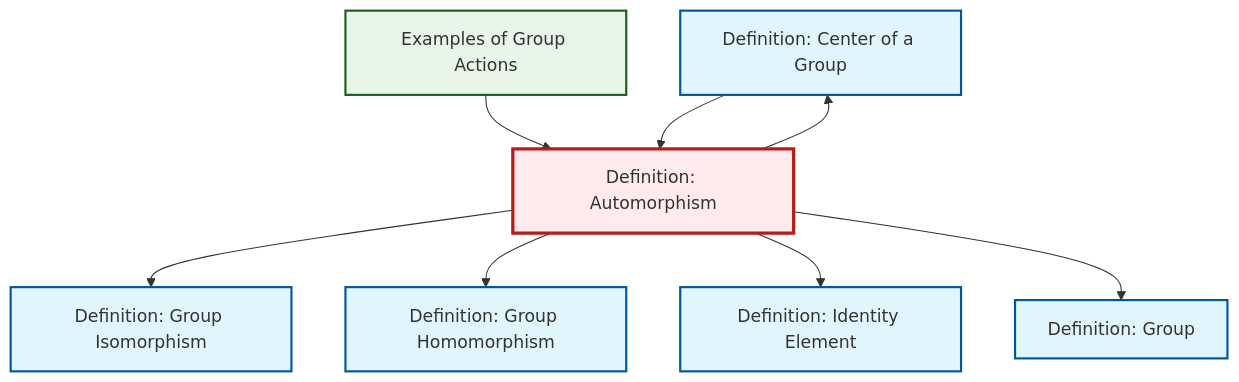
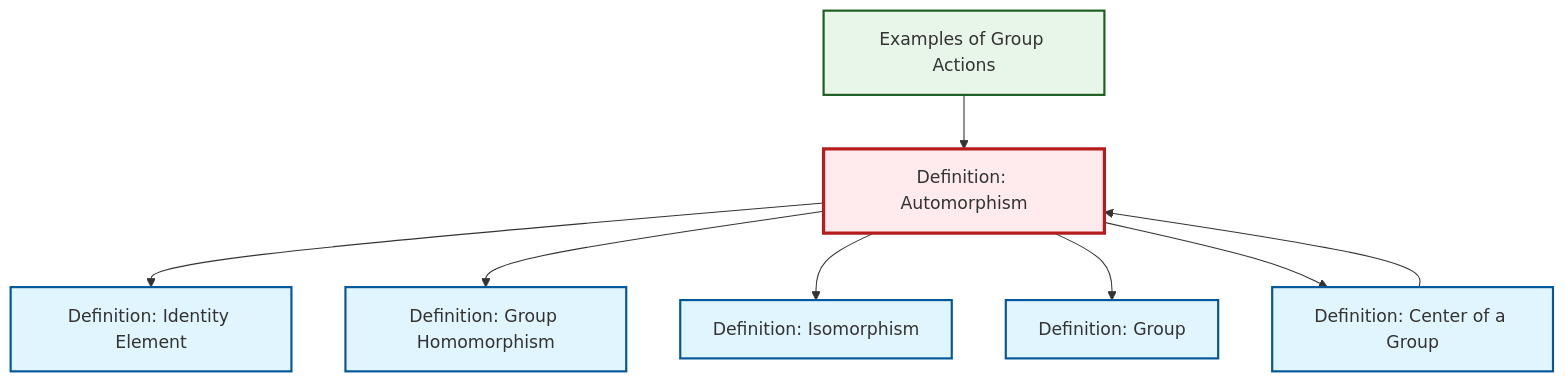
Before and after one commit to RK0429/ModernMath: the diagram in content/en/algebra/def-automorphism.qmd, drawn with Mermaid. The commit also changed 1069 other files, not shown here.

````diff
--- a/content/en/algebra/def-automorphism.qmd
+++ b/content/en/algebra/def-automorphism.qmd
@@ -101,30 +101,30 @@
 ```{mermaid}
 %%| fig-cap: "Local dependency graph"
 graph TD
     classDef definition fill:#e1f5fe,stroke:#01579b,stroke-width:2px
     classDef theorem fill:#f3e5f5,stroke:#4a148c,stroke-width:2px
     classDef axiom fill:#fff3e0,stroke:#e65100,stroke-width:2px
     classDef example fill:#e8f5e9,stroke:#1b5e20,stroke-width:2px
     classDef current fill:#ffebee,stroke:#b71c1c,stroke-width:3px
-    def-isomorphism["Definition: Group Isomorphism"]:::definition
+    def-automorphism["Definition: Automorphism"]:::definition
+    def-isomorphism["Definition: Isomorphism"]:::definition
+    ex-group-action-examples["Examples of Group Actions"]:::example
+    def-identity-element["Definition: Identity Element"]:::definition
     def-center-of-group["Definition: Center of a Group"]:::definition
+    def-homomorphism["Definition: Group Homomorphism"]:::definition
     def-group["Definition: Group"]:::definition
-    ex-group-action-examples["Examples of Group Actions"]:::example
-    def-homomorphism["Definition: Group Homomorphism"]:::definition
-    def-identity-element["Definition: Identity Element"]:::definition
-    def-automorphism["Definition: Automorphism"]:::definition
+    def-automorphism --> def-identity-element
+    def-automorphism --> def-homomorphism
     def-automorphism --> def-isomorphism
-    def-automorphism --> def-homomorphism
+    def-center-of-group --> def-automorphism
     ex-group-action-examples --> def-automorphism
+    def-automorphism --> def-group
     def-automorphism --> def-center-of-group
-    def-center-of-group --> def-automorphism
-    def-automorphism --> def-identity-element
-    def-automorphism --> def-group
     class def-automorphism current
-    click def-isomorphism "def-isomorphism.html" "Go to Group Isomorphism definition"
+    click def-isomorphism "def-isomorphism.html" "Go to Isomorphism definition"
+    click ex-group-action-examples "ex-group-action-examples.html" "Go to Examples of Group Actions"
+    click def-identity-element "def-identity-element.html" "Go to Identity Element definition"
     click def-center-of-group "def-center-of-group.html" "Go to Center of a Group definition"
+    click def-homomorphism "def-homomorphism.html" "Go to Group Homomorphism definition"
     click def-group "def-group.html" "Go to Group definition"
-    click ex-group-action-examples "ex-group-action-examples.html" "Go to Examples of Group Actions"
-    click def-homomorphism "def-homomorphism.html" "Go to Group Homomorphism definition"
-    click def-identity-element "def-identity-element.html" "Go to Identity Element definition"
 ```
````
